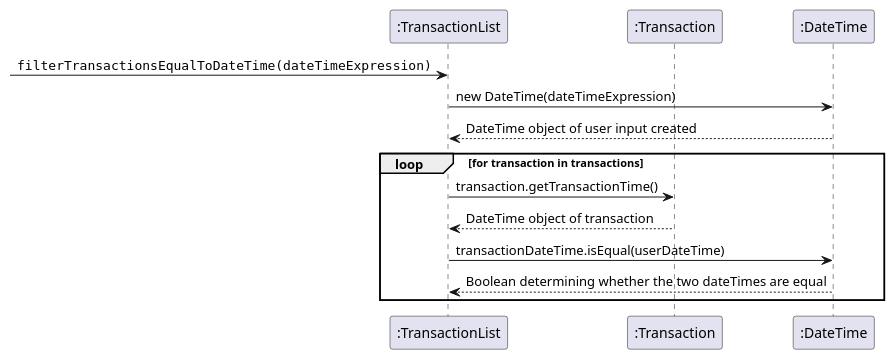
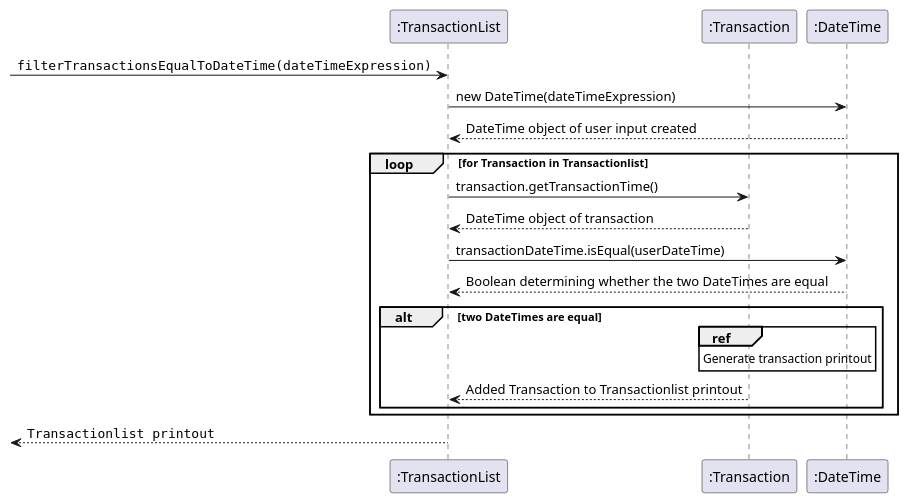
Before and after one commit to AY2324S2-CS2113-T15-1/tp: the diagram in docs/diagrams/comparingDateTime.puml, drawn with PlantUML. The commit also changed 6 other files, not shown here.

Commit message:
UML formatting updates for DateTime.

```diff
--- a/docs/diagrams/comparingDateTime.puml
+++ b/docs/diagrams/comparingDateTime.puml
@@ -1,14 +1,19 @@
 @startuml
 participant ":TransactionList" as Foo
 participant ":Transaction" as Foo1
 participant ":DateTime" as Foo2
 [->      Foo:""filterTransactionsEqualToDateTime(dateTimeExpression)""
 Foo -> Foo2:new DateTime(dateTimeExpression)
 Foo2 --> Foo: DateTime object of user input created
-loop for transaction in transactions
+loop for Transaction in Transactionlist
     Foo -> Foo1: transaction.getTransactionTime()
     Foo1 --> Foo: DateTime object of transaction
     Foo -> Foo2: transactionDateTime.isEqual(userDateTime)
-    Foo2 --> Foo: Boolean determining whether the two dateTimes are equal
+    Foo2 --> Foo: Boolean determining whether the two DateTimes are equal
+    alt two DateTimes are equal
+    ref over Foo1:Generate transaction printout
+    Foo1 --> Foo:Added Transaction to Transactionlist printout
+    end
 end
+Foo -->[      : ""Transactionlist printout""
 @enduml
```
